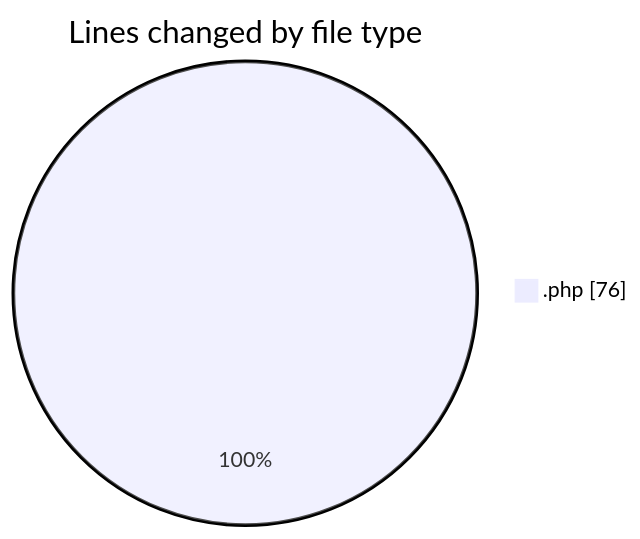
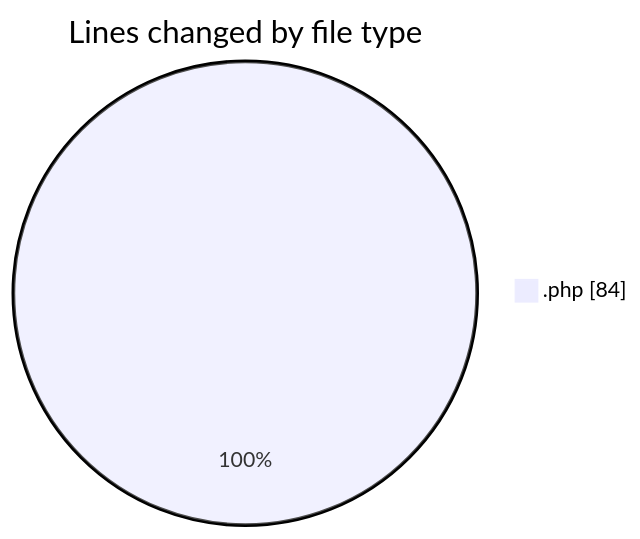
The first of 2 diagrams in 2025-04-14/web/README.md (LanceThiago/code-tracking), drawn with Mermaid before and after one commit. The commit also changed other lines of this file and 1 other file, not shown here.

````diff
--- a/2025-04-14/web/README.md
+++ b/2025-04-14/web/README.md
@@ -21,5 +21,5 @@
 ```mermaid
 pie showData
 title Lines changed by file type
-".php" : 76
+".php" : 84
 ```
````
